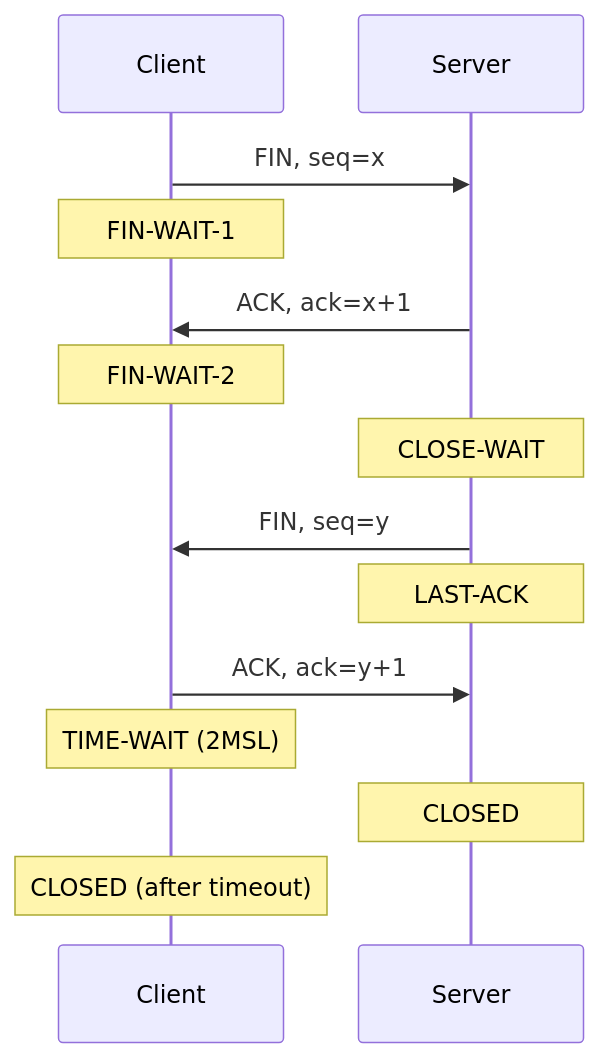
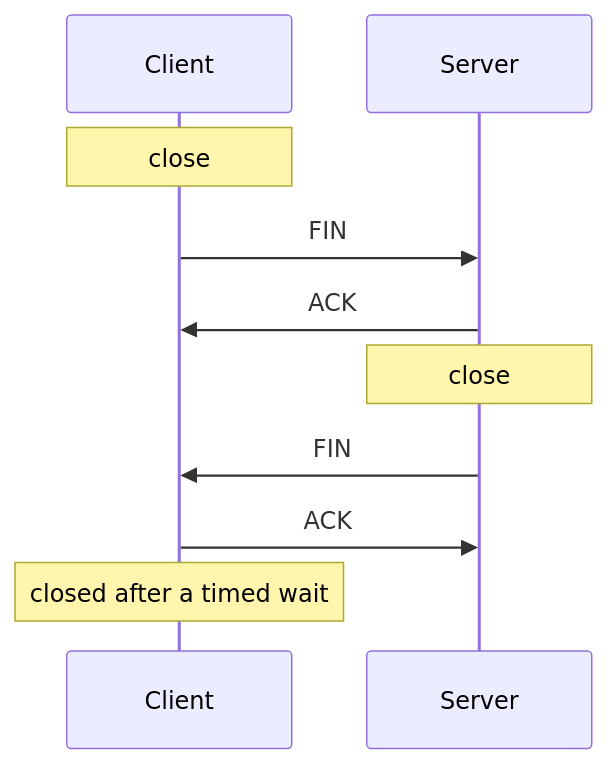
Before and after one commit to Choroning/25Spring_Computer-Networks: the seventh of 27 diagrams in Lecture-Notes/Ch08_Transmission-Control-Protocol/Concepts_Lecture.md, drawn with Mermaid. The commit also changed other lines of this file and 20 other files, not shown here.

````diff
--- a/Lecture-Notes/Ch08_Transmission-Control-Protocol/Concepts_Lecture.md
+++ b/Lecture-Notes/Ch08_Transmission-Control-Protocol/Concepts_Lecture.md
@@ -273,17 +547,12 @@
 ```mermaid
 sequenceDiagram
     participant C as Client
     participant S as Server
-
-    C->>S: FIN, seq=x
-    Note over C: FIN-WAIT-1
-    S->>C: ACK, ack=x+1
-    Note over C: FIN-WAIT-2
-    Note over S: CLOSE-WAIT
-    S->>C: FIN, seq=y
-    Note over S: LAST-ACK
-    C->>S: ACK, ack=y+1
-    Note over C: TIME-WAIT (2MSL)
-    Note over S: CLOSED
-    Note over C: CLOSED (after timeout)
+    Note over C: close
+    C->>S: FIN
+    S->>C: ACK
+    Note over S: close
+    S->>C: FIN
+    C->>S: ACK
+    Note over C: closed after a timed wait
 ```
````
